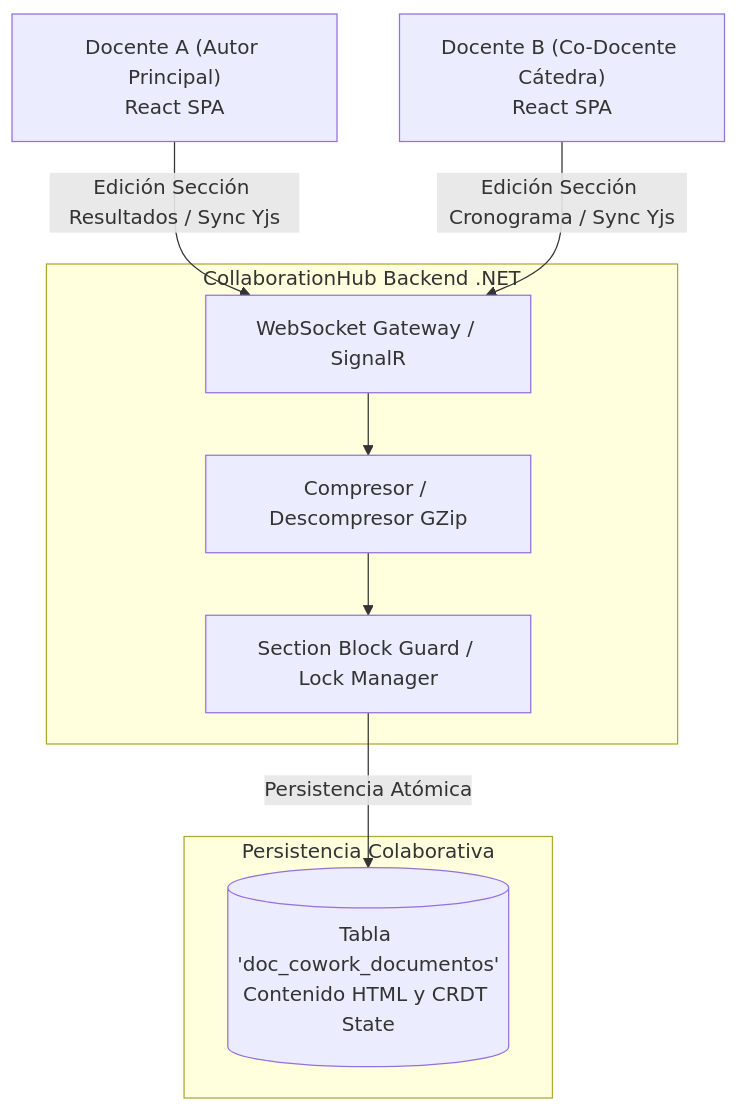
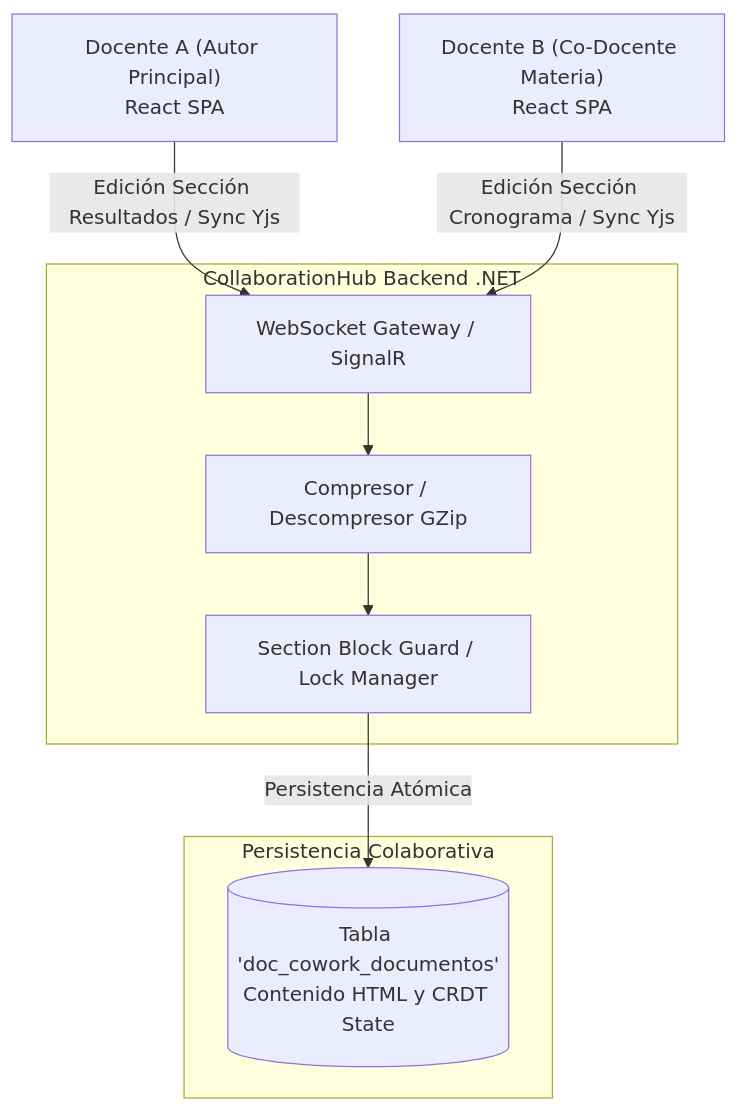
Before and after one commit to JorgeDoicela/dosier: the fourth of 5 diagrams in docs/documentacion/01-arquitectura/02-micro-arquitecturas-patrones.md, drawn with Mermaid. The commit also changed other lines of this file and 17 other files, not shown here.

````diff
--- a/docs/documentacion/01-arquitectura/02-micro-arquitecturas-patrones.md
+++ b/docs/documentacion/01-arquitectura/02-micro-arquitecturas-patrones.md
@@ -145,22 +145,22 @@
 ```mermaid
 graph TD
     UserA["Docente A (Autor Principal)\nReact SPA"]
-    UserB["Docente B (Co-Docente Cátedra)\nReact SPA"]
+    UserB["Docente B (Co-Docente Materia)\nReact SPA"]
 
     subgraph SignalRHub [CollaborationHub Backend .NET]
         WsGateway["WebSocket Gateway / SignalR"]
         GZipFilter["Compresor / Descompresor GZip"]
         LockManager["Section Block Guard / Lock Manager"]
     end
 
     subgraph PersistenciaCoWork [Persistencia Colaborativa]
         DocCoworkDB[("Tabla 'doc_cowork_documentos'\nContenido HTML y CRDT State")]
     end
 
     UserA -->|Edición Sección Resultados / Sync Yjs| WsGateway
     UserB -->|Edición Sección Cronograma / Sync Yjs| WsGateway
 
     WsGateway --> GZipFilter
     GZipFilter --> LockManager
     LockManager -->|Persistencia Atómica| DocCoworkDB
 ```
````
